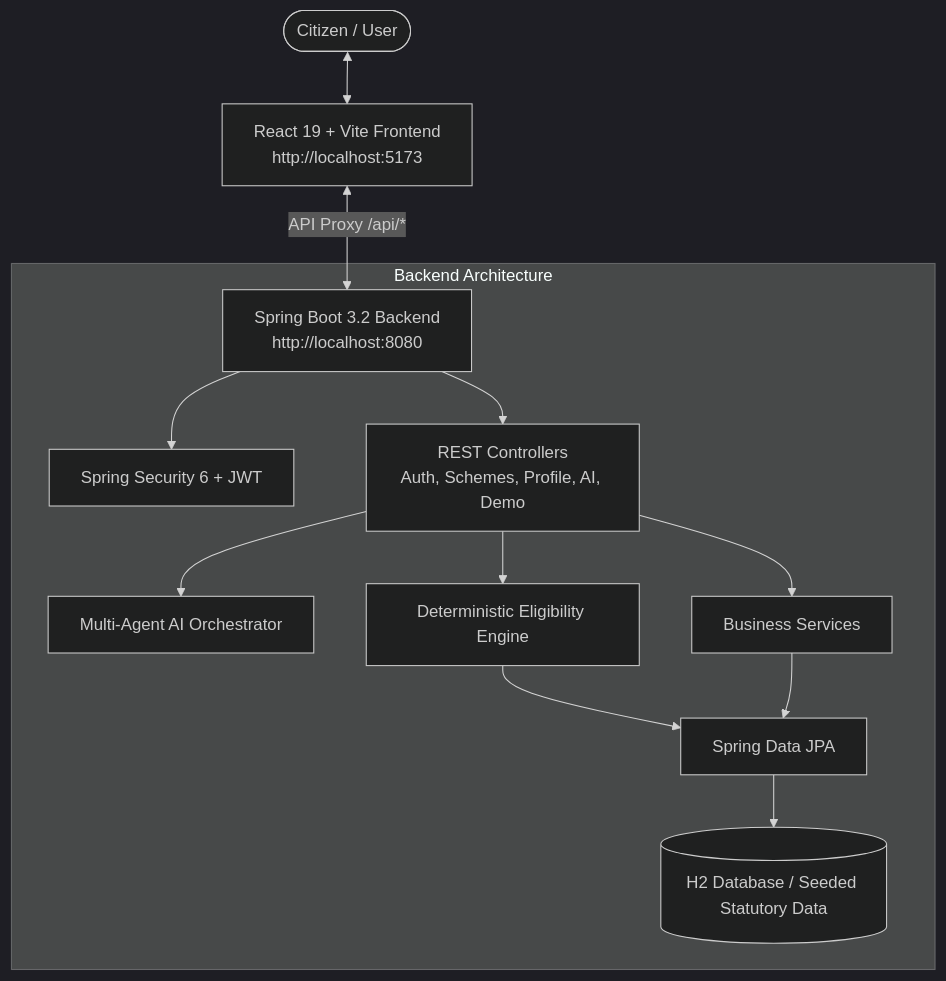
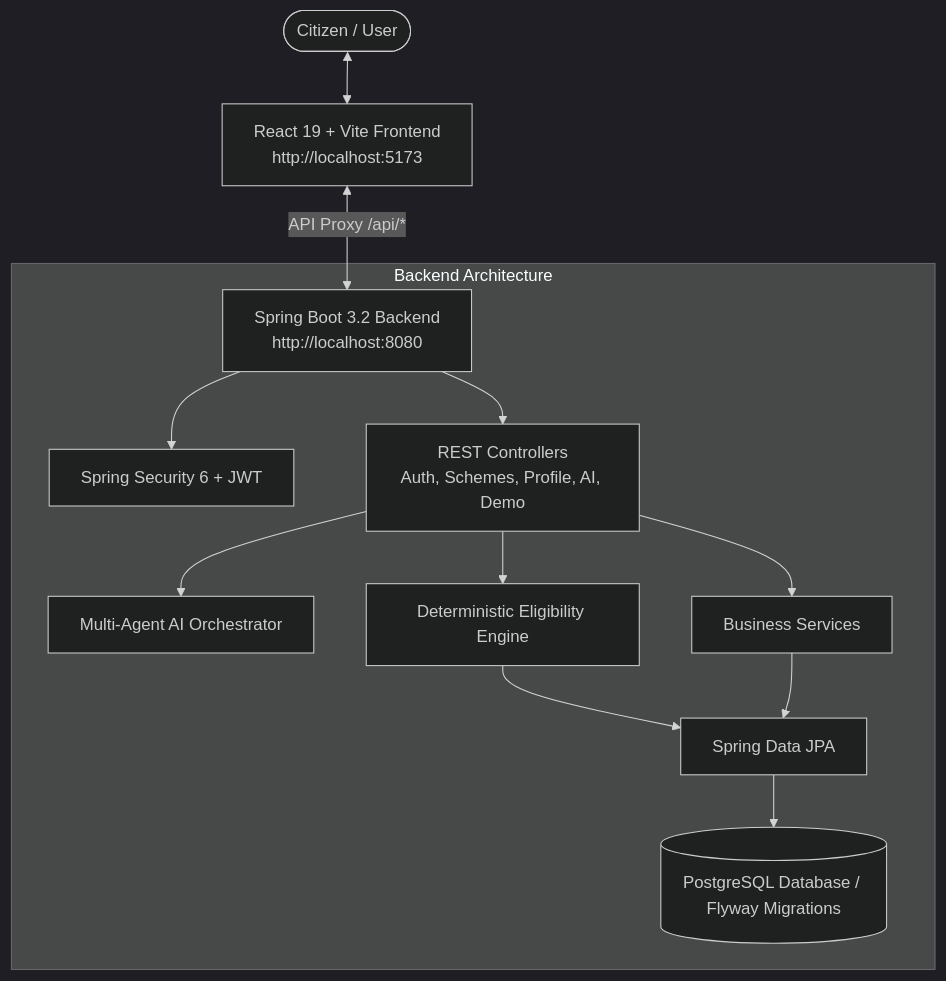
Before and after one commit to rahulreddy-49/SchemeSathi: the diagram in README.md, drawn with Mermaid (dark theme). The commit also changed other lines of this file and 15 other files, not shown here.

Commit message:
feat(eligibility, db): implement PostgreSQL migration with Flyway, deterministic eligibility engine, and form integration

````diff
--- a/README.md
+++ b/README.md
@@ -20,16 +20,16 @@
 ```mermaid
 graph TD
     User([Citizen / User]) <--> Frontend[React 19 + Vite Frontend\nhttp://localhost:5173]
     Frontend <-->|API Proxy /api/*| Backend[Spring Boot 3.2 Backend\nhttp://localhost:8080]
     
     subgraph Backend Architecture
         Backend --> Security[Spring Security 6 + JWT]
         Backend --> Controllers[REST Controllers\nAuth, Schemes, Profile, AI, Demo]
         Controllers --> Orchestrator[Multi-Agent AI Orchestrator]
         Controllers --> RuleEngine[Deterministic Eligibility Engine]
         Controllers --> Services[Business Services]
         RuleEngine --> JPA[Spring Data JPA]
         Services --> JPA
-        JPA --> Database[(H2 Database / Seeded Statutory Data)]
+        JPA --> Database[(PostgreSQL Database / Flyway Migrations)]
     end
 ```
````
